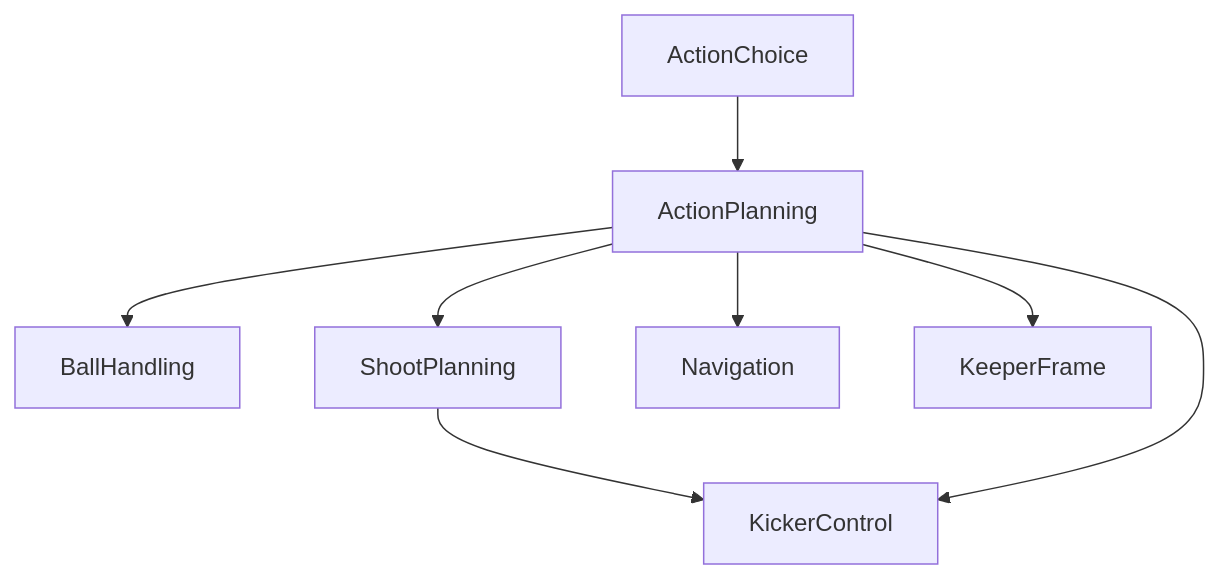
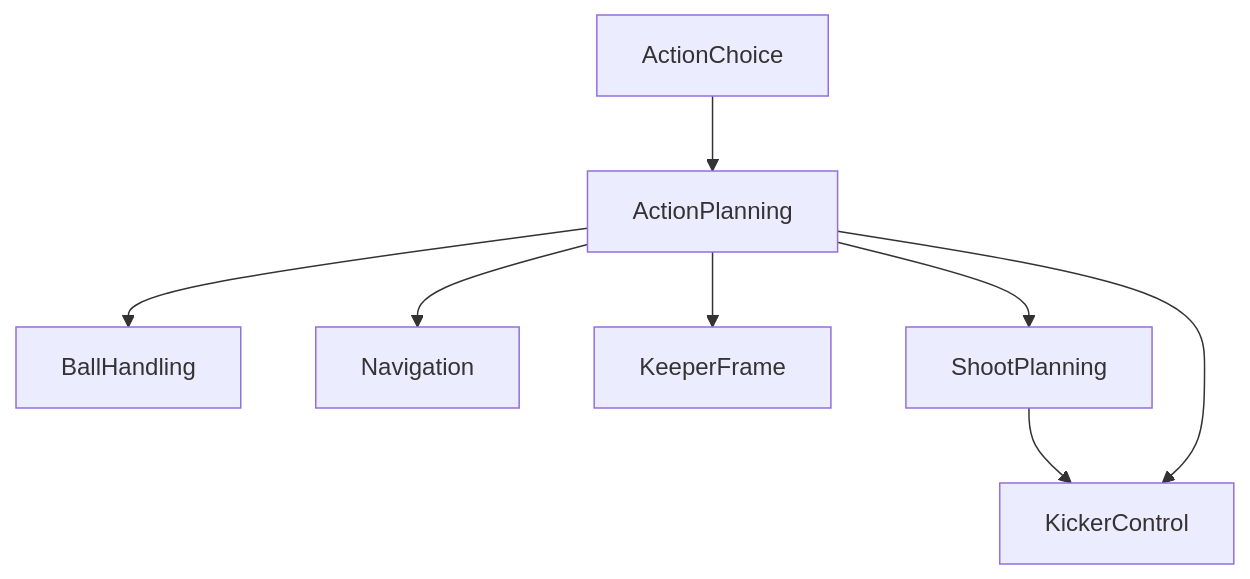
One commit to RoboCup-MSL/MRA-components changed the diagram in components/falcons/action_planning/README.md. Above: the diagram before and after it, drawn with Mermaid. The commit also changed other lines of this file, not shown here.

Commit message:
falcons/action_planning: minor update to README

````diff
--- a/components/falcons/action_planning/README.md
+++ b/components/falcons/action_planning/README.md
@@ -31,10 +31,10 @@
 ```mermaid
 graph TD;
     ActionChoice --> ActionPlanning;
     ActionPlanning --> BallHandling;
+    ActionPlanning --> Navigation;
+    ActionPlanning --> KeeperFrame;
     ActionPlanning --> ShootPlanning;
     ShootPlanning --> KickerControl;
     ActionPlanning --> KickerControl;
-    ActionPlanning --> Navigation;
-    ActionPlanning --> KeeperFrame;
 ```
````
